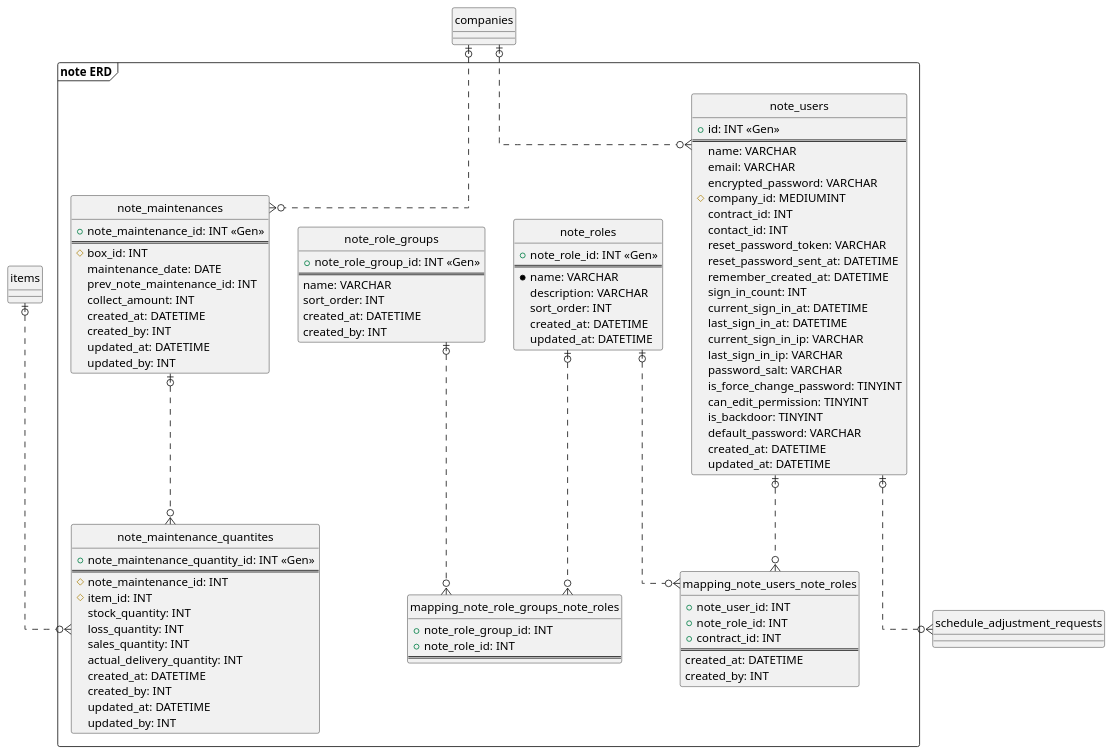
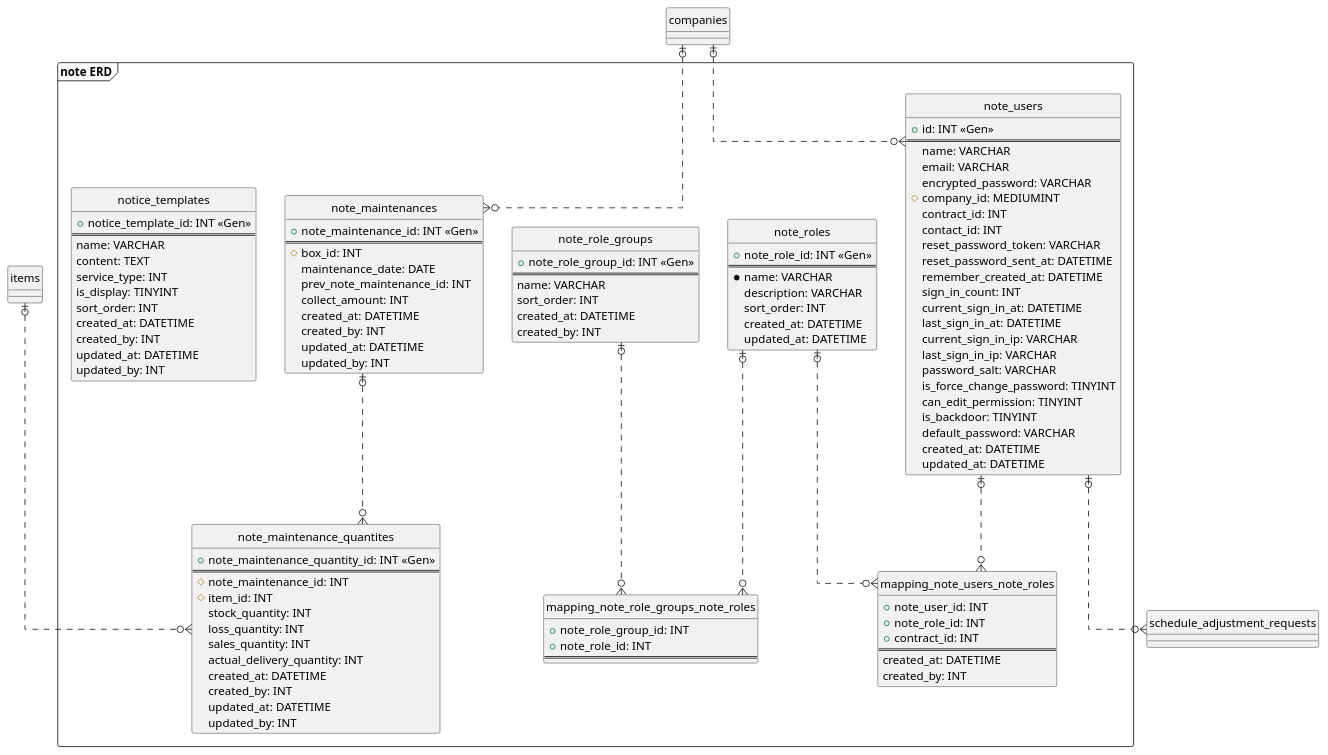
The diagram in subsystem/note_erd.pu (kim-yuchul-okan/subsystem-erd), drawn with PlantUML before and after one commit. The commit also changed 16 other files, not shown here.

```diff
--- a/subsystem/note_erd.pu
+++ b/subsystem/note_erd.pu
@@ -1,102 +1,115 @@
 @startuml
 
 ' hide the spot
 hide circle
 
 ' avoid problems with angled crows feet
 skinparam linetype ortho
 
 frame "note ERD" {
   entity "note_maintenance_quantites" {
     + note_maintenance_quantity_id: INT <<Gen>>
     ==
     # note_maintenance_id: INT
     # item_id: INT
     stock_quantity: INT
     loss_quantity: INT
     sales_quantity: INT
     actual_delivery_quantity: INT
     created_at: DATETIME
     created_by: INT
     updated_at: DATETIME
     updated_by: INT
   }
   entity "note_maintenances" {
     + note_maintenance_id: INT <<Gen>>
     ==
     # box_id: INT
     maintenance_date: DATE
     prev_note_maintenance_id: INT
     collect_amount: INT
     created_at: DATETIME
     created_by: INT
     updated_at: DATETIME
     updated_by: INT
   }
   entity "note_role_groups" {
     + note_role_group_id: INT <<Gen>>
     ==
     name: VARCHAR
     sort_order: INT
     created_at: DATETIME
     created_by: INT
   }
   entity "note_roles" {
     + note_role_id: INT <<Gen>>
     ==
     * name: VARCHAR
     description: VARCHAR
     sort_order: INT
     created_at: DATETIME
     updated_at: DATETIME
   }
   entity "mapping_note_role_groups_note_roles" {
     + note_role_group_id: INT
     + note_role_id: INT
     ==
   }
   entity "mapping_note_users_note_roles" {
     + note_user_id: INT
     + note_role_id: INT
     + contract_id: INT
     ==
     created_at: DATETIME
     created_by: INT
   }
   entity "note_users" {
     + id: INT <<Gen>>
     ==
     name: VARCHAR
     email: VARCHAR
     encrypted_password: VARCHAR
     # company_id: MEDIUMINT
     contract_id: INT
     contact_id: INT
     reset_password_token: VARCHAR
     reset_password_sent_at: DATETIME
     remember_created_at: DATETIME
     sign_in_count: INT
     current_sign_in_at: DATETIME
     last_sign_in_at: DATETIME
     current_sign_in_ip: VARCHAR
     last_sign_in_ip: VARCHAR
     password_salt: VARCHAR
     is_force_change_password: TINYINT
     can_edit_permission: TINYINT
     is_backdoor: TINYINT
     default_password: VARCHAR
     created_at: DATETIME
     updated_at: DATETIME
   }
+  entity "notice_templates" {
+    + notice_template_id: INT <<Gen>>
+    ==
+    name: VARCHAR
+    content: TEXT
+    service_type: INT
+    is_display: TINYINT
+    sort_order: INT
+    created_at: DATETIME
+    created_by: INT
+    updated_at: DATETIME
+    updated_by: INT
+  }
   note_users |o..o{ mapping_note_users_note_roles
   note_roles |o..o{ mapping_note_users_note_roles
   note_maintenances |o..o{ note_maintenance_quantites
   note_role_groups |o..o{ mapping_note_role_groups_note_roles
   note_roles |o..o{ mapping_note_role_groups_note_roles
 }
 companies |o..o{ note_users
 companies |o..o{ note_maintenances
 items |o..o{ note_maintenance_quantites
 note_users |o..o{ schedule_adjustment_requests
 
 @enduml
```
